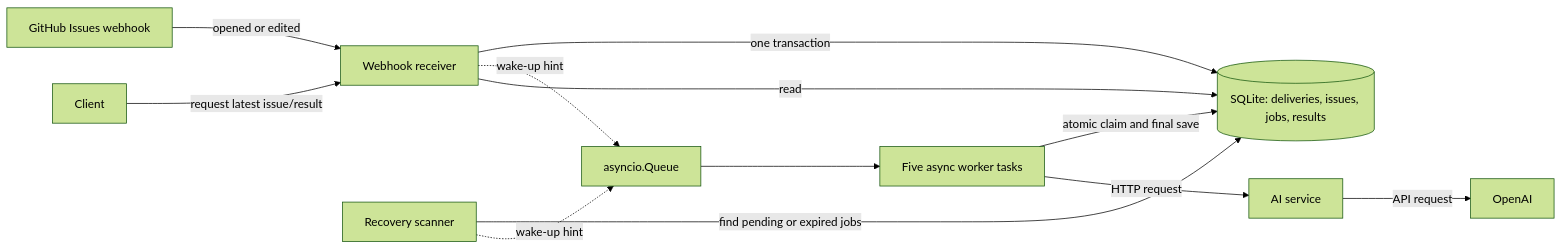
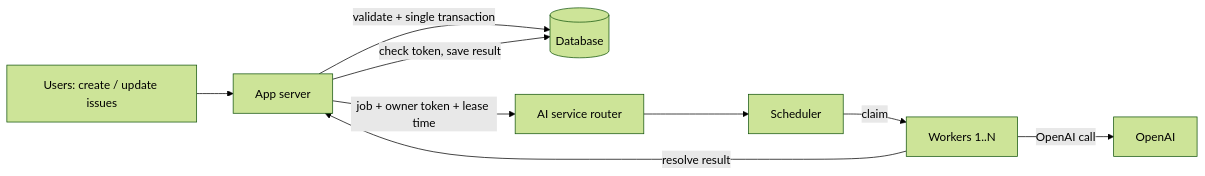
Before and after one commit to Yonathan-Wagaye/IssueTriage: the diagram in README.md, drawn with Mermaid (forest theme). The commit also changed other lines of this file and 1 other file, not shown here.

Commit message:
Update ReadMe.md to reflect ongoing arcitecture (Incremental development)

````diff
--- a/README.md
+++ b/README.md
@@ -9,14 +7,11 @@
 ```mermaid
 flowchart LR
-    GH[GitHub Issues webhook] -->|opened or edited| RX[Webhook receiver]
-    RX -->|one transaction| DB[(SQLite: deliveries, issues, jobs, results)]
-    RX -.->|wake-up hint| Q[asyncio.Queue]
-    SC[Recovery scanner] -->|find pending or expired jobs| DB
-    SC -.->|wake-up hint| Q
-    Q --> W[Five async worker tasks]
-    W -->|atomic claim and final save| DB
-    W -->|HTTP request| AI[AI service]
-    AI -->|API request| OA[OpenAI]
-    C[Client] -->|request latest issue/result| RX
-    RX -->|read| DB
+    U[Users: create / update issues] --> APP[App server]
+    APP -->|validate + single transaction| DB[(Database)]
+    APP -->|job + owner token + lease time| R[AI service router]
+    R --> S[Scheduler]
+    S -->|claim| W[Workers 1..N]
+    W -->|OpenAI call| OA[OpenAI]
+    W -->|resolve result| APP
+    APP -->|check token, save result| DB
 ```
````
